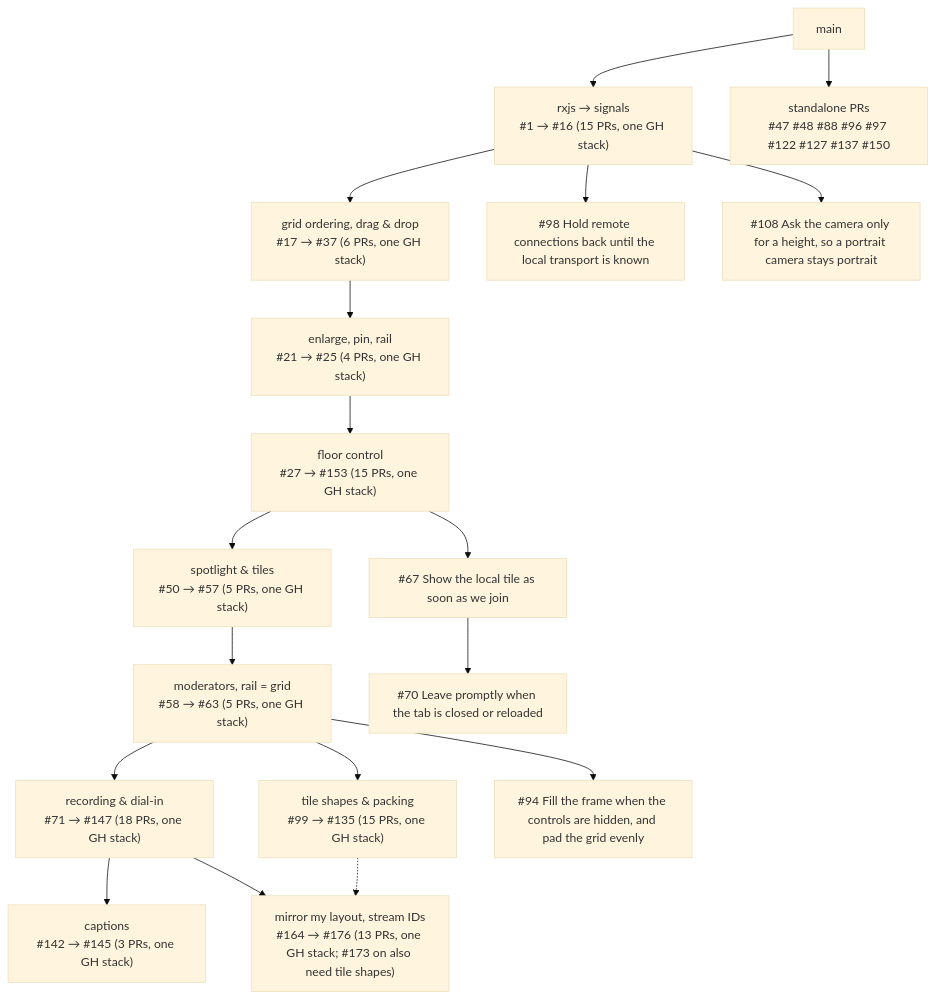
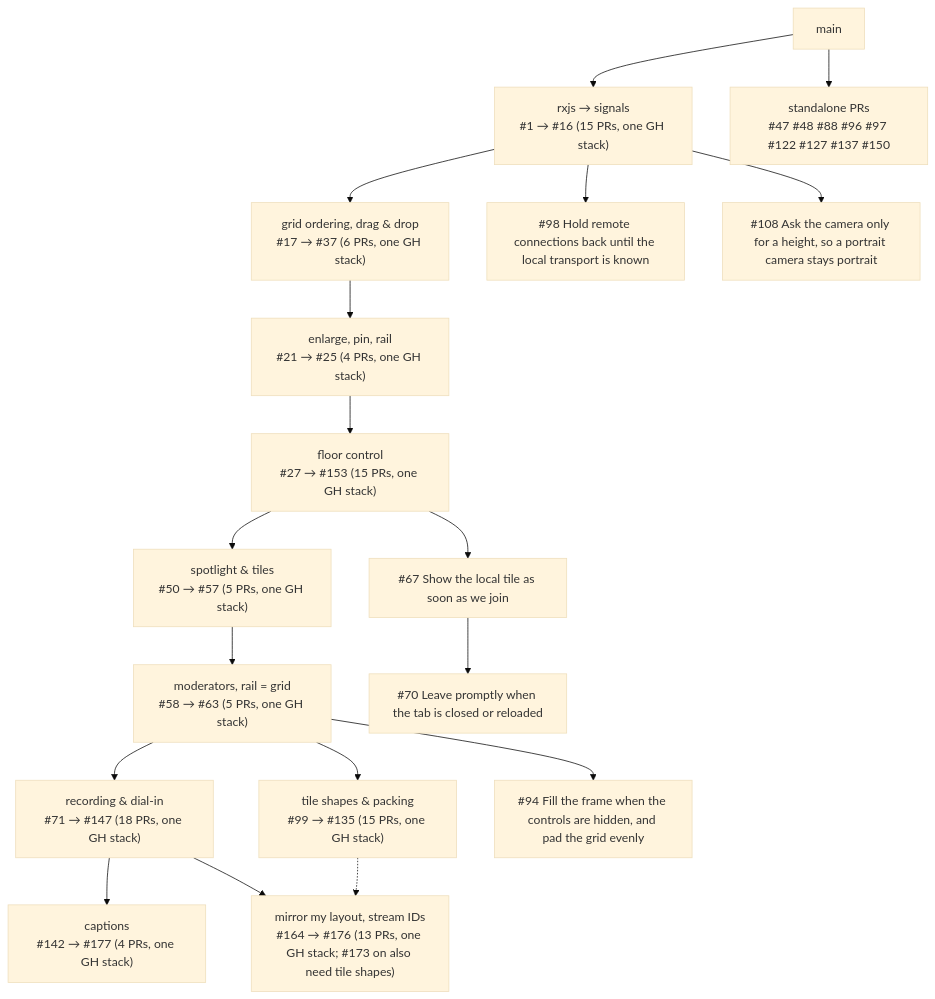
One commit to MaximilianGaedig/element-call changed the diagram in docs/experiment_stack.md. Above: the diagram before and after it, drawn with Mermaid (base theme). The commit also changed other lines of this file, not shown here.

Commit message:
Stack overview: #177 lets a widget receive caption events

````diff
--- a/docs/experiment_stack.md
+++ b/docs/experiment_stack.md
@@ -21,37 +21,37 @@
 ```mermaid
 graph TD
   main[main]
   foundation["rxjs → signals<br/>#1 → #16 (15 PRs, one GH stack)"]
   main --> foundation
   drag["grid ordering, drag & drop<br/>#17 → #37 (6 PRs, one GH stack)"]
   foundation --> drag
   spotlight["enlarge, pin, rail<br/>#21 → #25 (4 PRs, one GH stack)"]
   drag --> spotlight
   floor["floor control<br/>#27 → #153 (15 PRs, one GH stack)"]
   spotlight --> floor
   spotlight2["spotlight & tiles<br/>#50 → #57 (5 PRs, one GH stack)"]
   floor --> spotlight2
   floor2["moderators, rail = grid<br/>#58 → #63 (5 PRs, one GH stack)"]
   spotlight2 --> floor2
   recording["recording & dial-in<br/>#71 → #147 (18 PRs, one GH stack)"]
   floor2 --> recording
-  captions["captions<br/>#142 → #145 (3 PRs, one GH stack)"]
+  captions["captions<br/>#142 → #177 (4 PRs, one GH stack)"]
   recording --> captions
   mirror["mirror my layout, stream IDs<br/>#164 → #176 (13 PRs, one GH stack; #173 on also need tile shapes)"]
   recording --> mirror
   shapes -.-> mirror
   shapes["tile shapes & packing<br/>#99 → #135 (15 PRs, one GH stack)"]
   floor2 --> shapes
   pr67["#67 Show the local tile as soon as we join"]
   floor --> pr67
   pr70["#70 Leave promptly when the tab is closed or reloaded"]
   pr67 --> pr70
   pr94["#94 Fill the frame when the controls are hidden, and pad the grid evenly"]
   floor2 --> pr94
   pr98["#98 Hold remote connections back until the local transport is known"]
   foundation --> pr98
   pr108["#108 Ask the camera only for a height, so a portrait camera stays portrait"]
   foundation --> pr108
   standalone["standalone PRs<br/>#47 #48 #88 #96 #97 #122 #127 #137 #150"]
   main --> standalone
 ```
````
